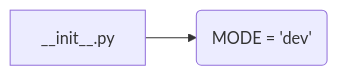
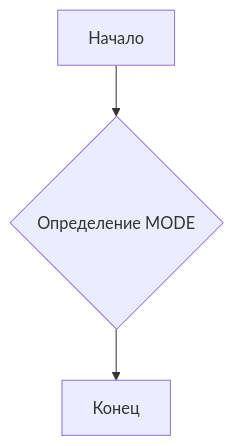
The first of 2 diagrams in docs/gemini/ru/explainer/src/endpoints/prestashop/domains/emildesign_com/__init__.md (hypo69/hypo), drawn with Mermaid before and after one commit. The commit also changed other lines of this file and 468 other files, not shown here.

````diff
--- a/docs/gemini/ru/explainer/src/endpoints/prestashop/domains/emildesign_com/__init__.md
+++ b/docs/gemini/ru/explainer/src/endpoints/prestashop/domains/emildesign_com/__init__.md
@@ -56,4 +51,5 @@
 ```mermaid
-graph LR
-    A[__init__.py] --> B(MODE = 'dev');
+graph TD
+    A[Начало] --> B{Определение MODE};
+    B --> C[Конец];
 ```
````
